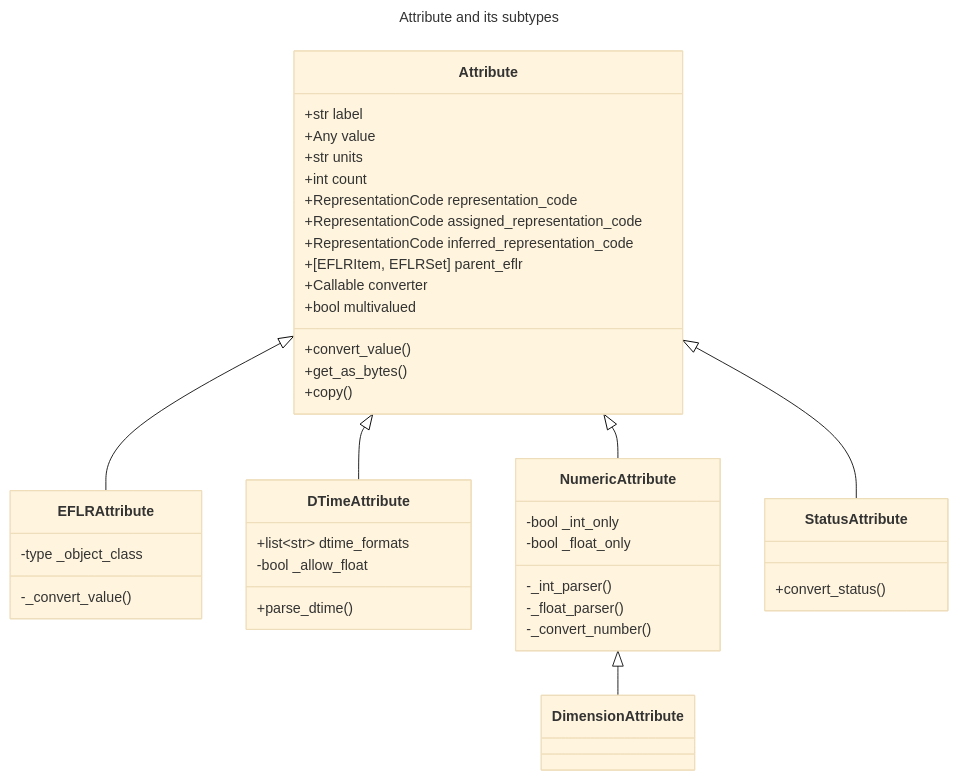
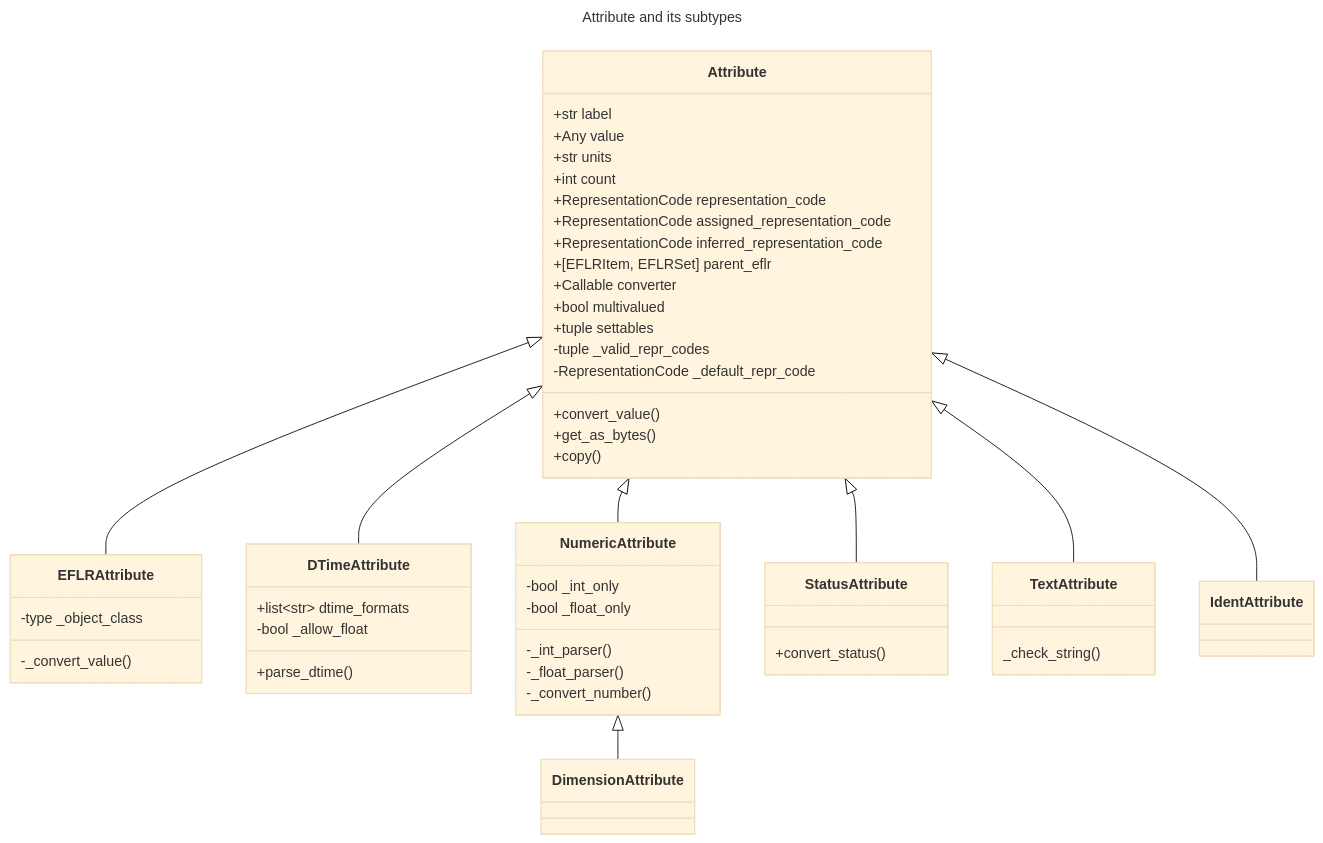
One commit to well-id/dliswriter changed the sixth of 6 diagrams in README.md. Above: the diagram before and after it, drawn with Mermaid (base theme).

Commit message:
Added new attribute subtypes to readme

````diff
--- a/README.md
+++ b/README.md
@@ -951,55 +951,70 @@
 ```mermaid
 ---
 title: Attribute and its subtypes
 ---
 classDiagram
     Attribute <|-- EFLRAttribute
     Attribute <|-- DTimeAttribute
     Attribute <|-- NumericAttribute
     NumericAttribute <|-- DimensionAttribute
     Attribute <|-- StatusAttribute
+    Attribute <|-- TextAttribute
+    Attribute <|-- IdentAttribute
+
     
     class Attribute{
         +str label
         +Any value
         +str units
         +int count
         +RepresentationCode representation_code
         +RepresentationCode assigned_representation_code
         +RepresentationCode inferred_representation_code
         +[EFLRItem, EFLRSet] parent_eflr
         +Callable converter
         +bool multivalued
+        +tuple settables
+        -tuple _valid_repr_codes
+        -RepresentationCode _default_repr_code
+
         
         +convert_value()
         +get_as_bytes()
         +copy()
     }
     
     class EFLRAttribute{
         -type _object_class
         
         -_convert_value()
     }
     
     class DTimeAttribute{
         +list~str~ dtime_formats
         -bool _allow_float
         
         +parse_dtime()
     }
     
     class NumericAttribute{
         -bool _int_only
         -bool _float_only
         
         -_int_parser()
         -_float_parser()
         -_convert_number()
     }
     
     class StatusAttribute{
         +convert_status()
     }
+    
+    class TextAttribute{
+        _check_string()
+    }
+    
+    class IdentAttribute{
+        
+    }
 
 ```
````
